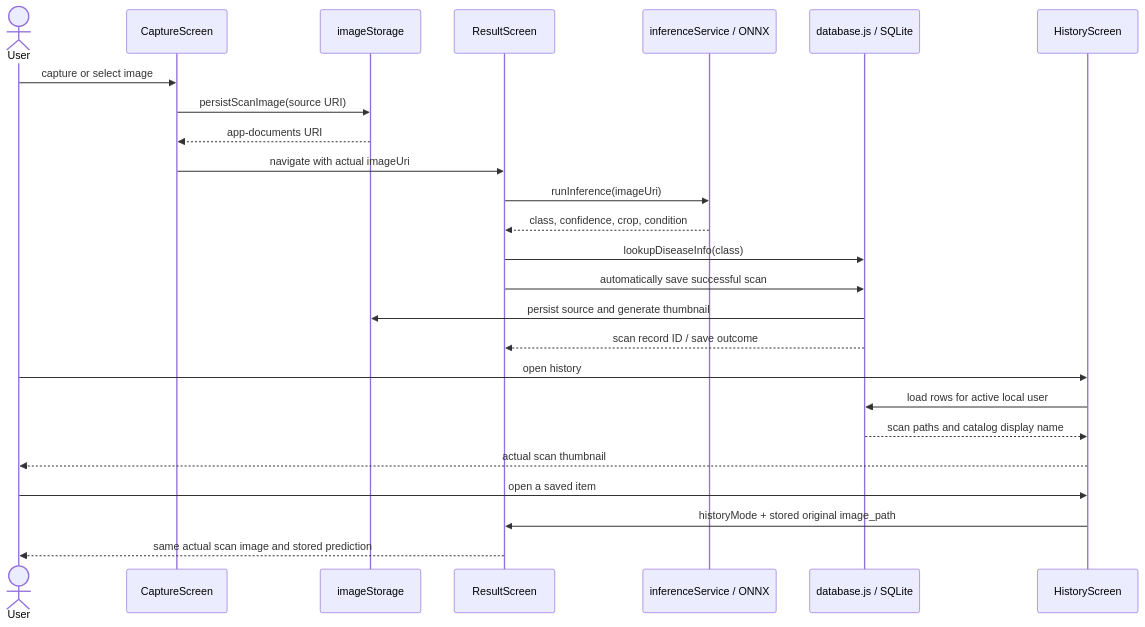
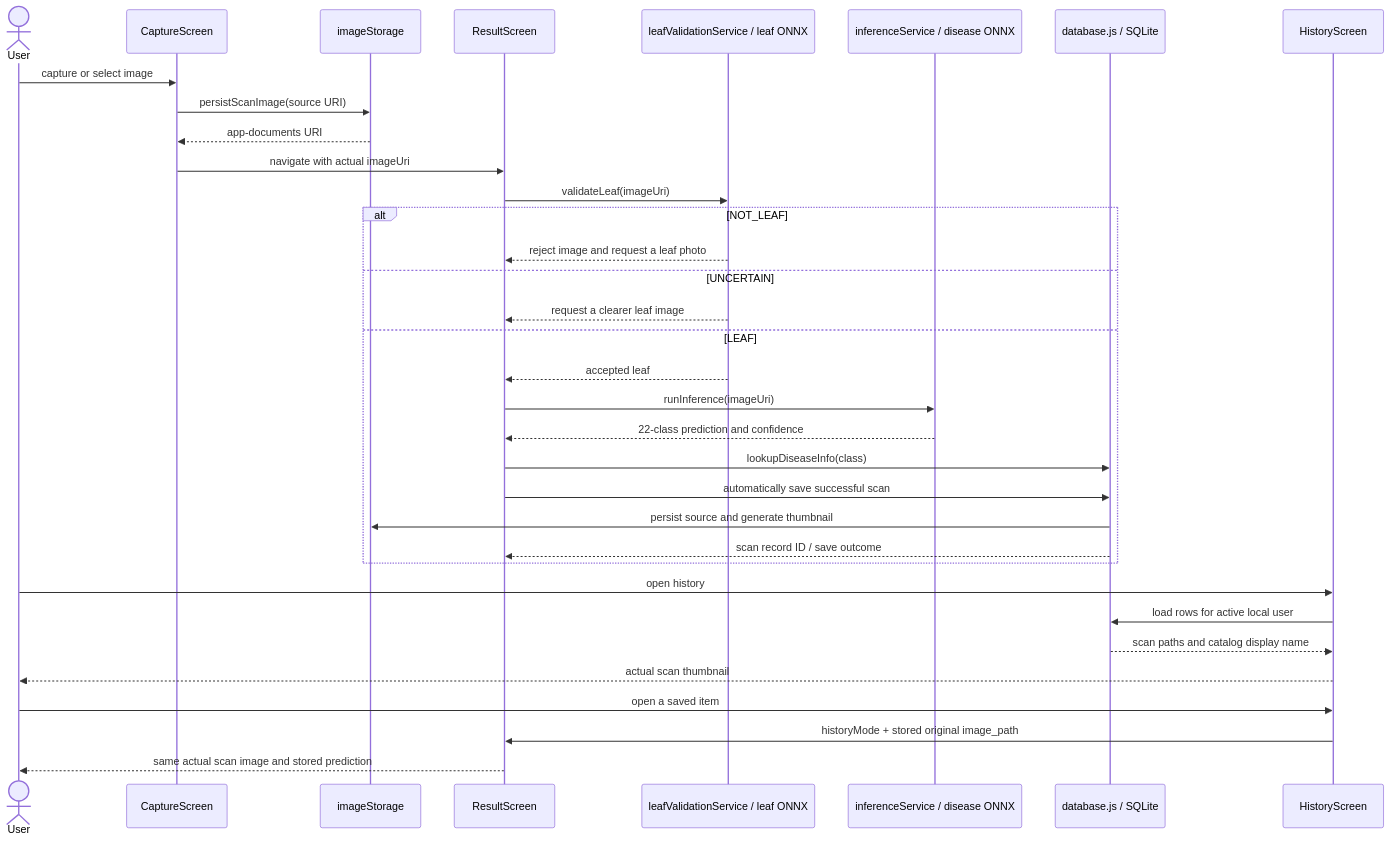
One commit to AthulMathew7/Plantcare-lite changed the second of 4 diagrams in docs/system_architecture.md. Above: the diagram before and after it, drawn with Mermaid. The commit also changed other lines of this file and 14 other files, not shown here.

Commit message:
Update documentation for leaf validation

````diff
--- a/docs/system_architecture.md
+++ b/docs/system_architecture.md
@@ -57,28 +65,37 @@
 ```mermaid
 sequenceDiagram
   actor User
   participant Capture as CaptureScreen
   participant Files as imageStorage
   participant Result as ResultScreen
-  participant ML as inferenceService / ONNX
+  participant Gate as leafValidationService / leaf ONNX
+  participant ML as inferenceService / disease ONNX
   participant DB as database.js / SQLite
   participant History as HistoryScreen
 
   User->>Capture: capture or select image
   Capture->>Files: persistScanImage(source URI)
   Files-->>Capture: app-documents URI
   Capture->>Result: navigate with actual imageUri
-  Result->>ML: runInference(imageUri)
-  ML-->>Result: class, confidence, crop, condition
-  Result->>DB: lookupDiseaseInfo(class)
-  Result->>DB: automatically save successful scan
-  DB->>Files: persist source and generate thumbnail
-  DB-->>Result: scan record ID / save outcome
+  Result->>Gate: validateLeaf(imageUri)
+  alt NOT_LEAF
+    Gate-->>Result: reject image and request a leaf photo
+  else UNCERTAIN
+    Gate-->>Result: request a clearer leaf image
+  else LEAF
+    Gate-->>Result: accepted leaf
+    Result->>ML: runInference(imageUri)
+    ML-->>Result: 22-class prediction and confidence
+    Result->>DB: lookupDiseaseInfo(class)
+    Result->>DB: automatically save successful scan
+    DB->>Files: persist source and generate thumbnail
+    DB-->>Result: scan record ID / save outcome
+  end
   User->>History: open history
   History->>DB: load rows for active local user
   DB-->>History: scan paths and catalog display name
   History-->>User: actual scan thumbnail
   User->>History: open a saved item
   History->>Result: historyMode + stored original image_path
   Result-->>User: same actual scan image and stored prediction
 ```
````
